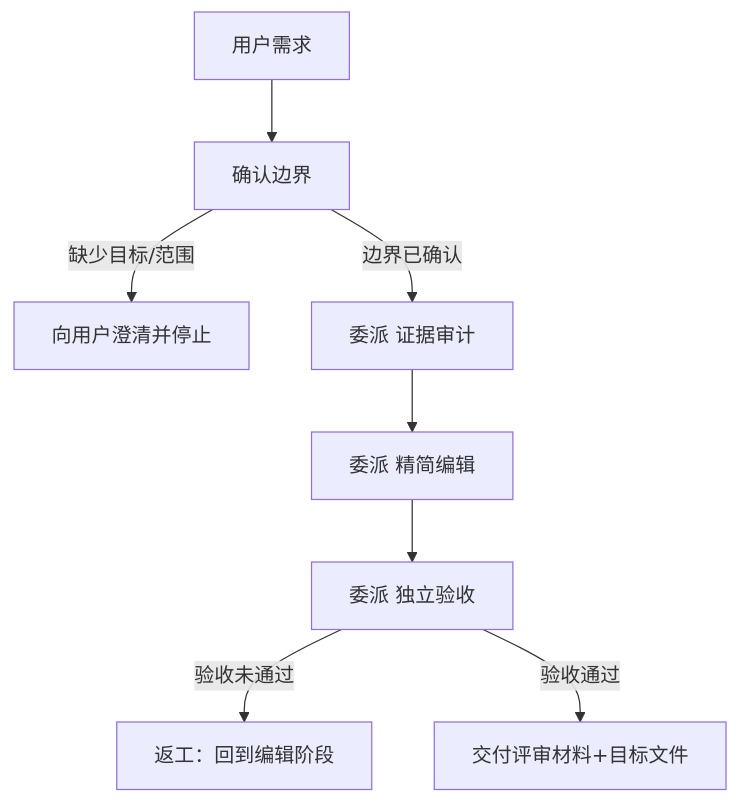
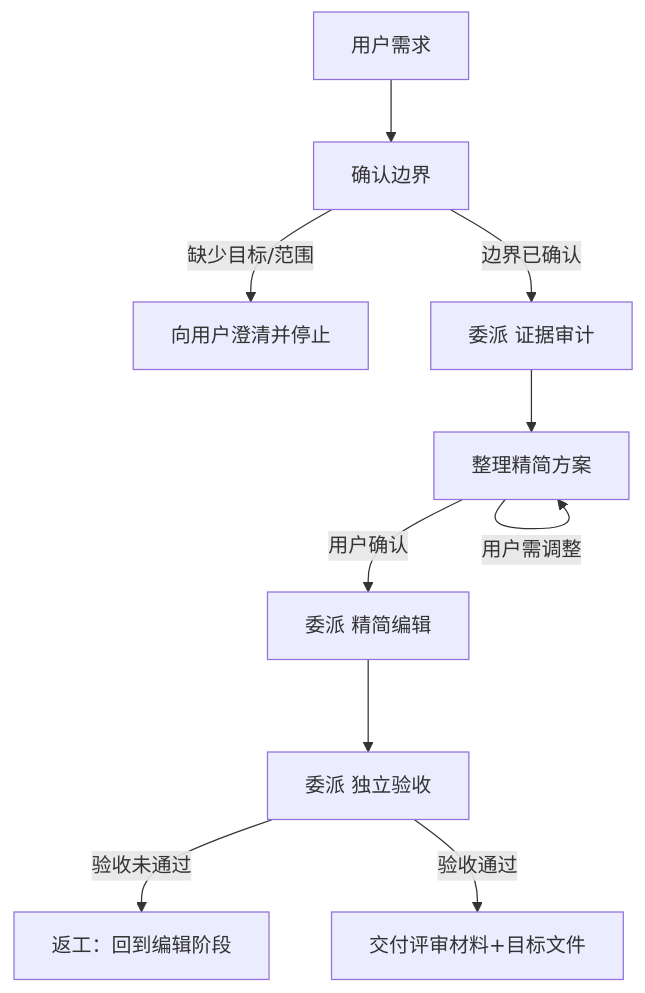
Before and after one commit to so2liu/mgr-env: the diagram in .agents/skills/simplify-skill/SKILL.md, drawn with Mermaid. The commit also changed other lines of this file and 2 other files, not shown here.

````diff
--- a/.agents/skills/simplify-skill/SKILL.md
+++ b/.agents/skills/simplify-skill/SKILL.md
@@ -41,10 +43,12 @@
 ```mermaid
 flowchart TD
   A[用户需求] --> B[确认边界]
   B -->|缺少目标/范围| C[向用户澄清并停止]
   B -->|边界已确认| D[委派 证据审计]
-  D --> E[委派 精简编辑]
-  E --> F[委派 独立验收]
-  F -->|验收未通过| G[返工：回到编辑阶段]
-  F -->|验收通过| H[交付评审材料+目标文件]
+  D --> E[整理精简方案]
+  E -->|用户需调整| E
+  E -->|用户确认| F[委派 精简编辑]
+  F --> G[委派 独立验收]
+  G -->|验收未通过| H[返工：回到编辑阶段]
+  G -->|验收通过| I[交付评审材料+目标文件]
 ```
````
